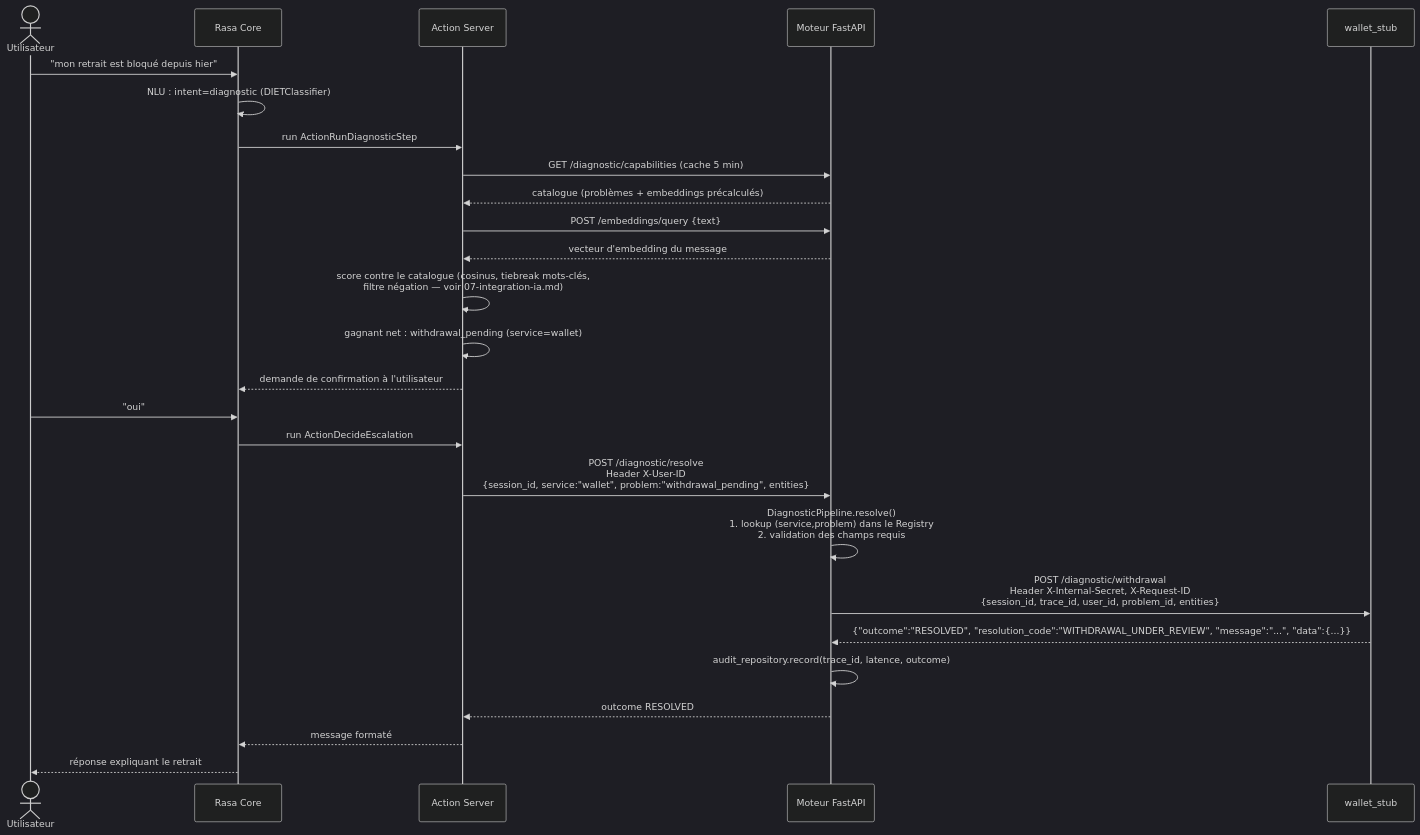
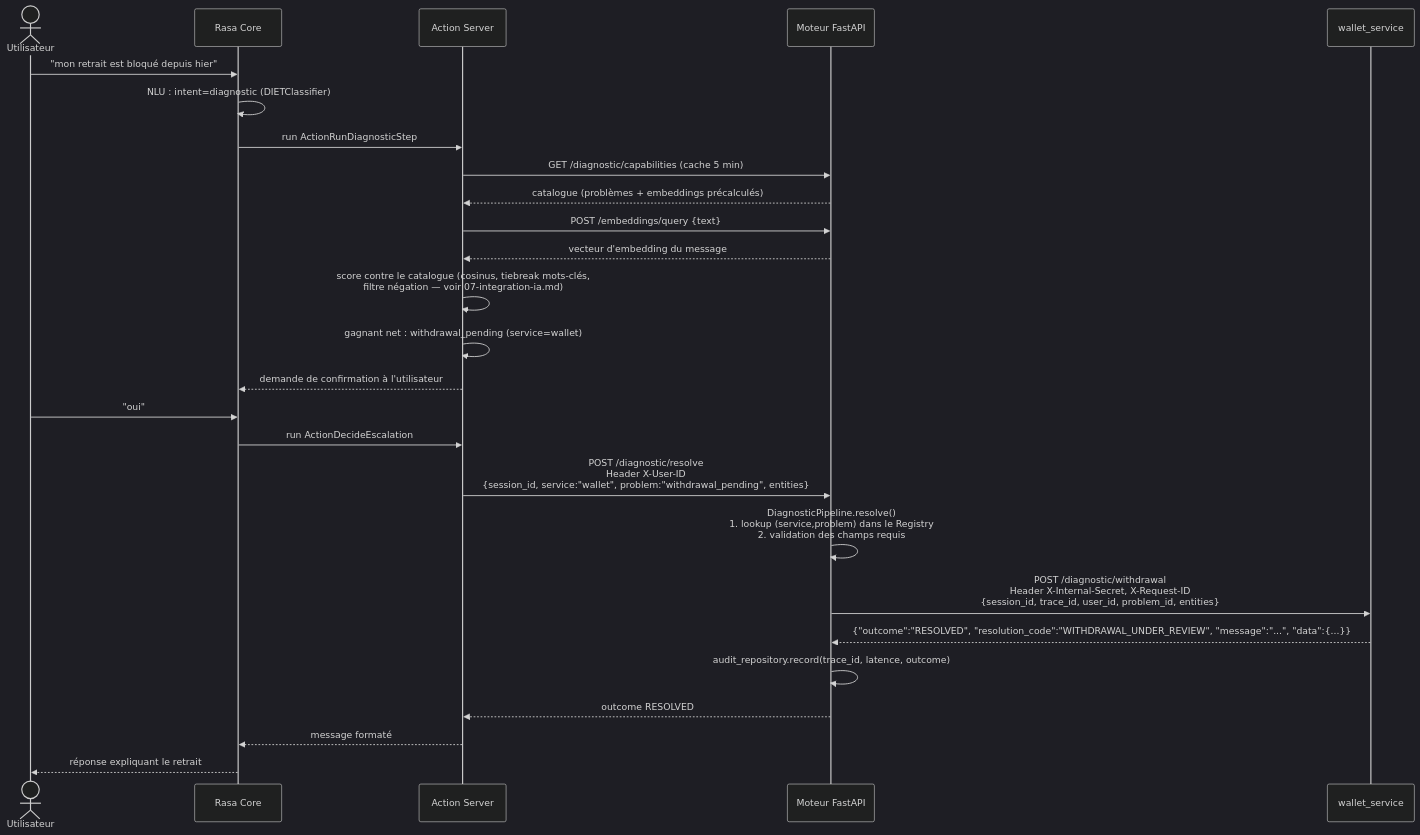
The second of 3 diagrams in docs/05-communication.md (lamafx/NGONI), drawn with Mermaid (dark theme) before and after one commit. The commit also changed other lines of this file and 83 other files, not shown here.

First line of the commit message:
Renommage : stub -> service (wallet_service, user_service), ollama -> model

````diff
--- a/docs/05-communication.md
+++ b/docs/05-communication.md
@@ -73,29 +73,29 @@
 ```mermaid
 sequenceDiagram
     actor U as Utilisateur
     participant R as Rasa Core
     participant A as Action Server
     participant F as Moteur FastAPI
-    participant W as wallet_stub
+    participant W as wallet_service
 
     U->>R: "mon retrait est bloqué depuis hier"
     R->>R: NLU : intent=diagnostic (DIETClassifier)
     R->>A: run ActionRunDiagnosticStep
     A->>F: GET /diagnostic/capabilities (cache 5 min)
     F-->>A: catalogue (problèmes + embeddings précalculés)
     A->>F: POST /embeddings/query {text}
     F-->>A: vecteur d'embedding du message
     A->>A: score contre le catalogue (cosinus, tiebreak mots-clés,<br/>filtre négation — voir 07-integration-ia.md)
     A->>A: gagnant net : withdrawal_pending (service=wallet)
     A-->>R: demande de confirmation à l'utilisateur
     U->>R: "oui"
     R->>A: run ActionDecideEscalation
     A->>F: POST /diagnostic/resolve<br/>Header X-User-ID<br/>{session_id, service:"wallet", problem:"withdrawal_pending", entities}
     F->>F: DiagnosticPipeline.resolve()<br/>1. lookup (service,problem) dans le Registry<br/>2. validation des champs requis
     F->>W: POST /diagnostic/withdrawal<br/>Header X-Internal-Secret, X-Request-ID<br/>{session_id, trace_id, user_id, problem_id, entities}
     W-->>F: {"outcome":"RESOLVED", "resolution_code":"WITHDRAWAL_UNDER_REVIEW", "message":"...", "data":{...}}
     F->>F: audit_repository.record(trace_id, latence, outcome)
     F-->>A: outcome RESOLVED
     A-->>R: message formaté
     R-->>U: réponse expliquant le retrait
 ```
````
